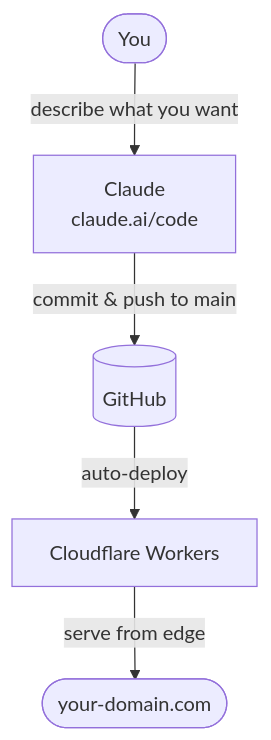
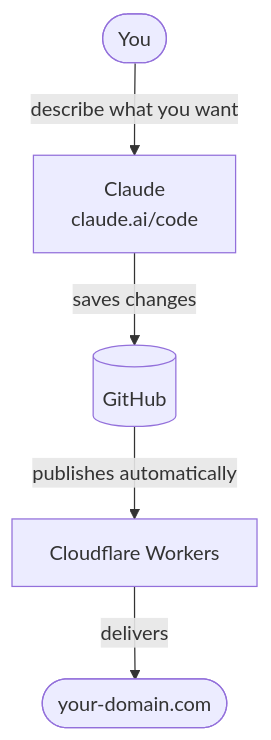
The diagram in README.md (bdelamatre/claude-personal-website-builder), drawn with Mermaid before and after one commit. The commit also changed other lines of this file, not shown here.

````diff
--- a/README.md
+++ b/README.md
@@ -7,7 +7,7 @@
 ```mermaid
 flowchart TD
     A([You]) -->|describe what you want| B[Claude\nclaude.ai/code]
-    B -->|commit & push to main| C[(GitHub)]
-    C -->|auto-deploy| D[Cloudflare Workers]
-    D -->|serve from edge| E([your-domain.com])
+    B -->|saves changes| C[(GitHub)]
+    C -->|publishes automatically| D[Cloudflare Workers]
+    D -->|delivers| E([your-domain.com])
 ```
````
